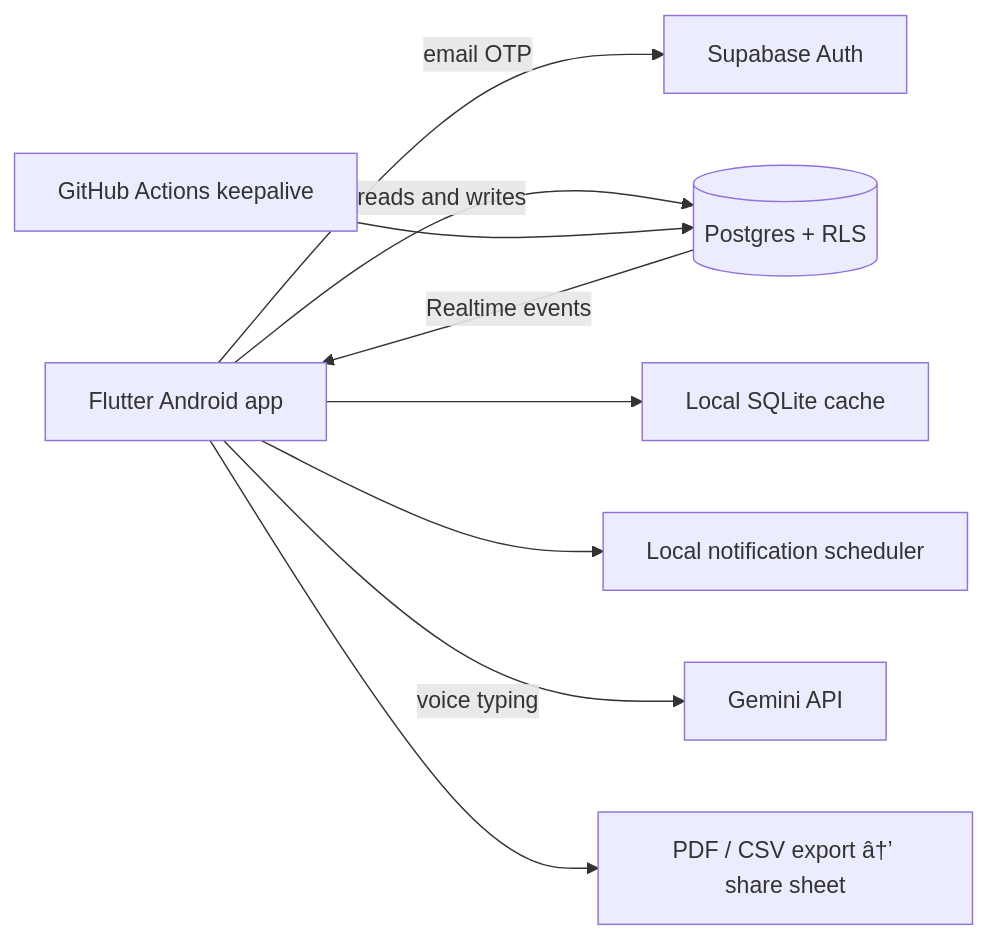
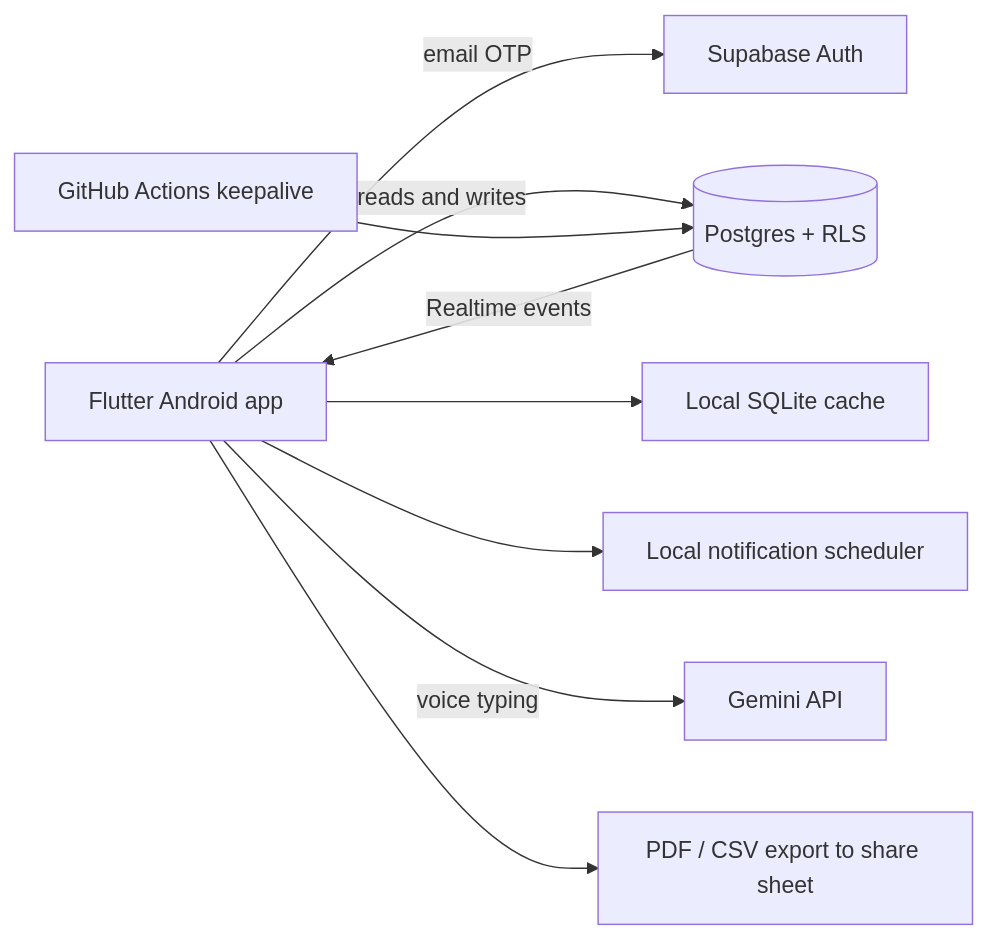
Before and after one commit to LeopoldTydtgat/ats-field-ops-showcase: the diagram in README.md, drawn with Mermaid. The commit also changed other lines of this file, not shown here.

Commit message:
Fix encoding artefacts in heading and diagram label

````diff
--- a/README.md
+++ b/README.md
@@ -34,11 +34,11 @@
 ```mermaid
 flowchart LR
     A[Flutter Android app] -->|email OTP| B[Supabase Auth]
     A -->|reads and writes| C[(Postgres + RLS)]
     C -->|Realtime events| A
     A --> D[Local SQLite cache]
     A --> E[Local notification scheduler]
     A -->|voice typing| F[Gemini API]
-    A --> G[PDF / CSV export â†’ share sheet]
+    A --> G[PDF / CSV export to share sheet]
     H[GitHub Actions keepalive] --> C
 ```
````
